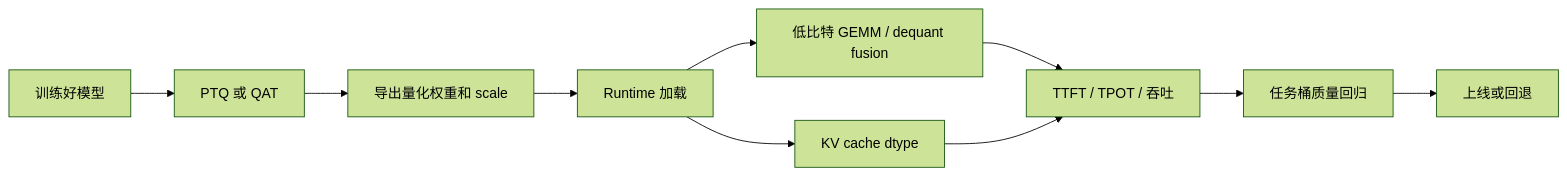
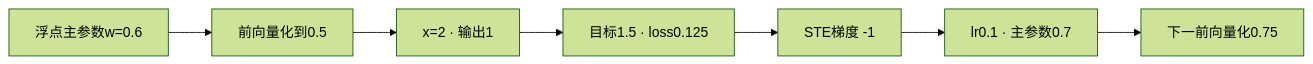
Before and after one commit to Charles2530/Charles-AI-notes: the diagram in files/quantization/qat-kernels-and-kv-cache.md, drawn with Mermaid (forest theme). The commit also changed other lines of this file and 954 other files, not shown here.

````diff
--- a/files/quantization/qat-kernels-and-kv-cache.md
+++ b/files/quantization/qat-kernels-and-kv-cache.md
@@ -136,12 +20,5 @@
 ```mermaid
 flowchart LR
-    A["训练好模型"] --> B["PTQ 或 QAT"]
-    B --> C["导出量化权重和 scale"]
-    C --> D["Runtime 加载"]
-    D --> E["低比特 GEMM / dequant fusion"]
-    D --> F["KV cache dtype"]
-    E --> G["TTFT / TPOT / 吞吐"]
-    F --> G
-    G --> H["任务桶质量回归"]
-    H --> I["上线或回退"]
+  W["浮点主参数w=0.6"] --> Q["前向量化到0.5"] --> Y["x=2 · 输出1"] --> L["目标1.5 · loss0.125"]
+  L --> G["STE梯度 -1"] --> U["lr0.1 · 主参数0.7"] --> N["下一前向量化0.75"]
 ```
````
